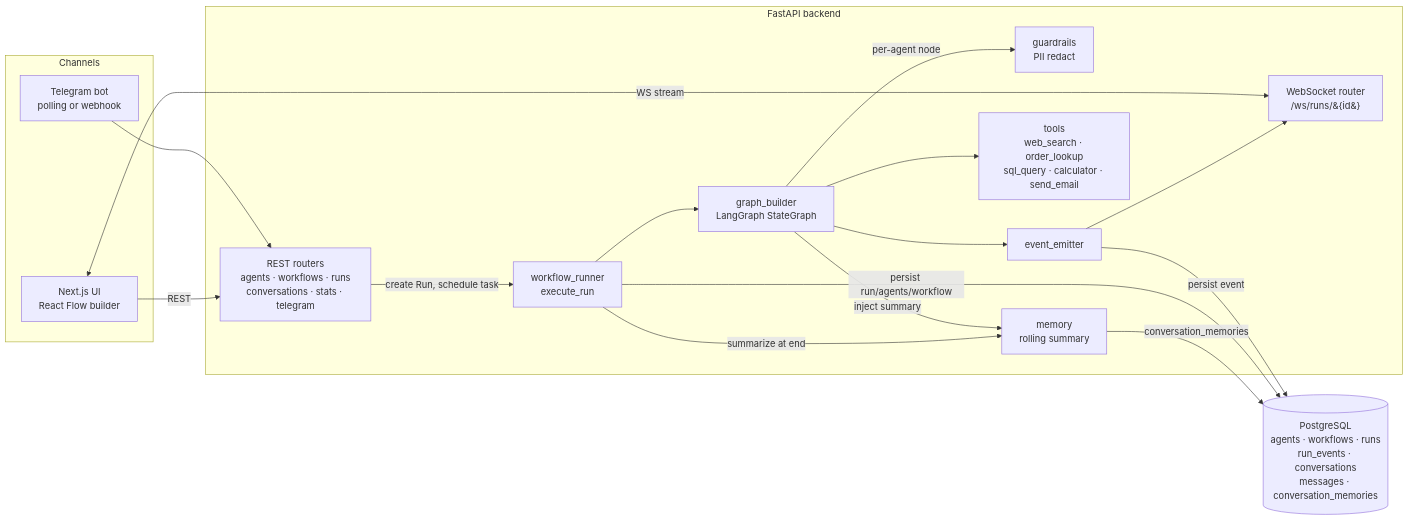
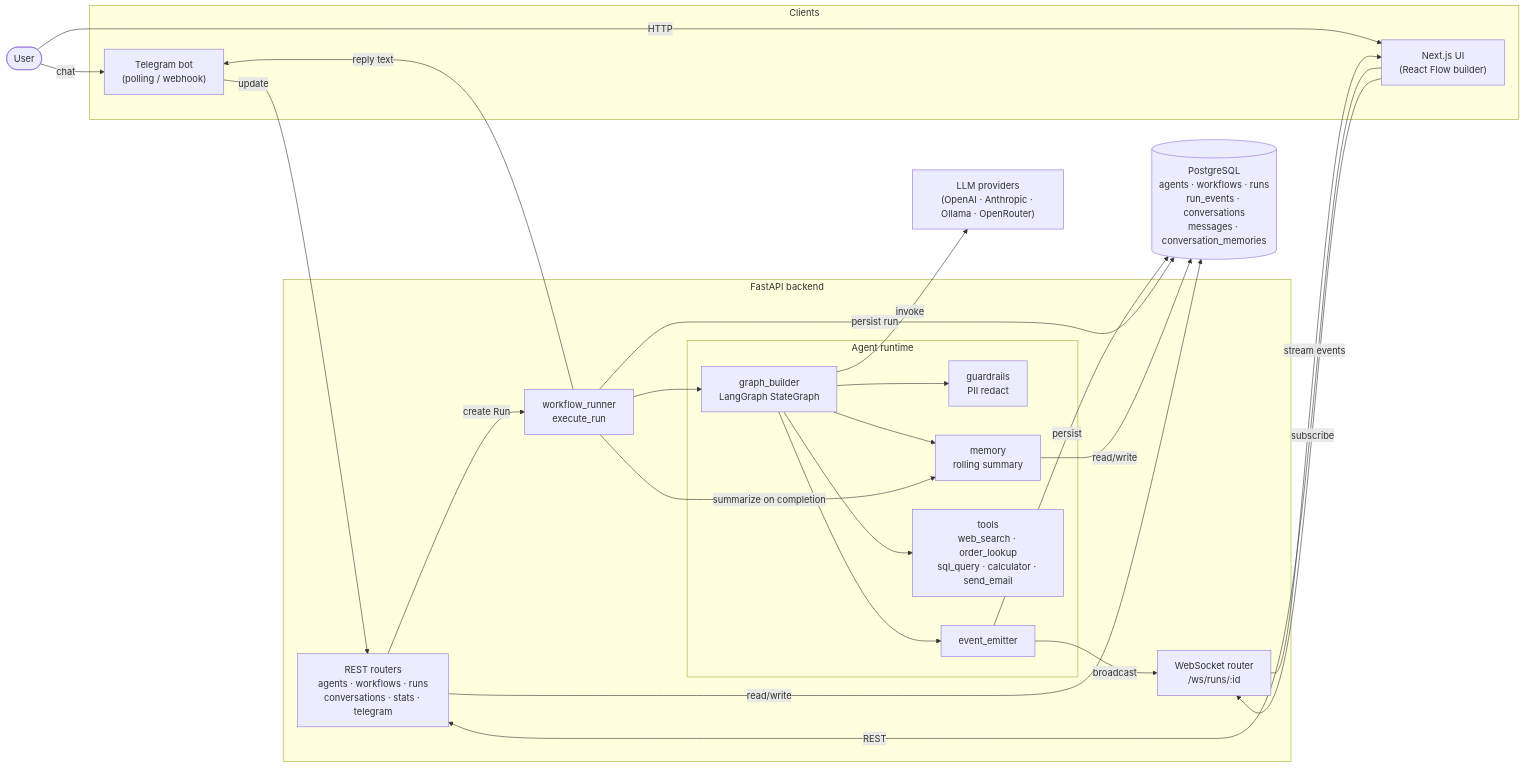
One commit to srivishnu21/agent_mesh changed the diagram in README.md. Above: the diagram before and after it, drawn with Mermaid.

Commit message:
docs: rewrite architecture mermaid for clarity
- Add explicit User actor and an LLM providers box so the external boundaries are obvious.
- Nest the agent runtime (graph_builder, guardrails, memory, tools, event_emitter) as a sub-subgraph inside the FastAPI backend so the layering reads top-down.
- Use only standard mermaid syntax (drop the bidirectional `<-- -->` form; label every arrow with what flows over it).
- Show every important data path: REST + WS from the browser, Telegram updates in and replies out, event broadcast vs persistence, LLM invocation, DB reads/writes from API/Runner/Memory.

````diff
--- a/README.md
+++ b/README.md
@@ -17,36 +17,50 @@
 ```mermaid
 flowchart LR
-  subgraph Channels
-    Telegram[Telegram bot<br/>polling or webhook]
-    Browser[Next.js UI<br/>React Flow builder]
-  end
+    User([User])
 
-  Telegram --> API
-  Browser -- REST --> API
-  Browser <-- WS stream --> WSRouter
+    subgraph Clients
+        Browser["Next.js UI<br/>(React Flow builder)"]
+        Telegram["Telegram bot<br/>(polling / webhook)"]
+    end
 
-  subgraph Backend [FastAPI backend]
-    API[REST routers<br/>agents · workflows · runs<br/>conversations · stats · telegram]
-    Runner[workflow_runner<br/>execute_run]
-    Graph[graph_builder<br/>LangGraph StateGraph]
-    Guard[guardrails<br/>PII redact]
-    Mem[memory<br/>rolling summary]
-    Tools[tools<br/>web_search · order_lookup<br/>sql_query · calculator · send_email]
-    Emit[event_emitter]
-    WSRouter[WebSocket router<br/>/ws/runs/&#123;id&#125;]
-  end
+    subgraph Backend["FastAPI backend"]
+        API["REST routers<br/>agents · workflows · runs<br/>conversations · stats · telegram"]
+        WS["WebSocket router<br/>/ws/runs/:id"]
+        Runner["workflow_runner<br/>execute_run"]
 
-  API -- create Run, schedule task --> Runner
-  Runner --> Graph
-  Graph -- per-agent node --> Guard
-  Graph --> Tools
-  Graph -- inject summary --> Mem
-  Graph --> Emit
-  Runner -- summarize at end --> Mem
-  Emit --> WSRouter
-  Emit -- persist event --> DB
-  Runner -- persist run/agents/workflow --> DB
-  Mem -- conversation_memories --> DB
+        subgraph Runtime["Agent runtime"]
+            Graph["graph_builder<br/>LangGraph StateGraph"]
+            Guard["guardrails<br/>PII redact"]
+            Mem["memory<br/>rolling summary"]
+            Tools["tools<br/>web_search · order_lookup<br/>sql_query · calculator · send_email"]
+            Emit["event_emitter"]
+        end
+    end
 
-  DB[(PostgreSQL<br/>agents · workflows · runs<br/>run_events · conversations<br/>messages · conversation_memories)]
+    DB[("PostgreSQL<br/>agents · workflows · runs<br/>run_events · conversations<br/>messages · conversation_memories")]
+    LLM["LLM providers<br/>(OpenAI · Anthropic · Ollama · OpenRouter)"]
+
+    User -->|chat| Telegram
+    User -->|HTTP| Browser
+    Browser -->|REST| API
+    Browser -->|subscribe| WS
+    Telegram -->|update| API
+
+    API -->|create Run| Runner
+    Runner --> Graph
+    Graph --> Guard
+    Graph --> Mem
+    Graph --> Tools
+    Graph --> Emit
+    Graph -->|invoke| LLM
+    Runner -->|summarize on completion| Mem
+
+    Emit -->|persist| DB
+    Emit -->|broadcast| WS
+    Runner -->|persist run| DB
+    Mem -->|read/write| DB
+    API -->|read/write| DB
+
+    WS -->|stream events| Browser
+    Runner -->|reply text| Telegram
 ```
````
